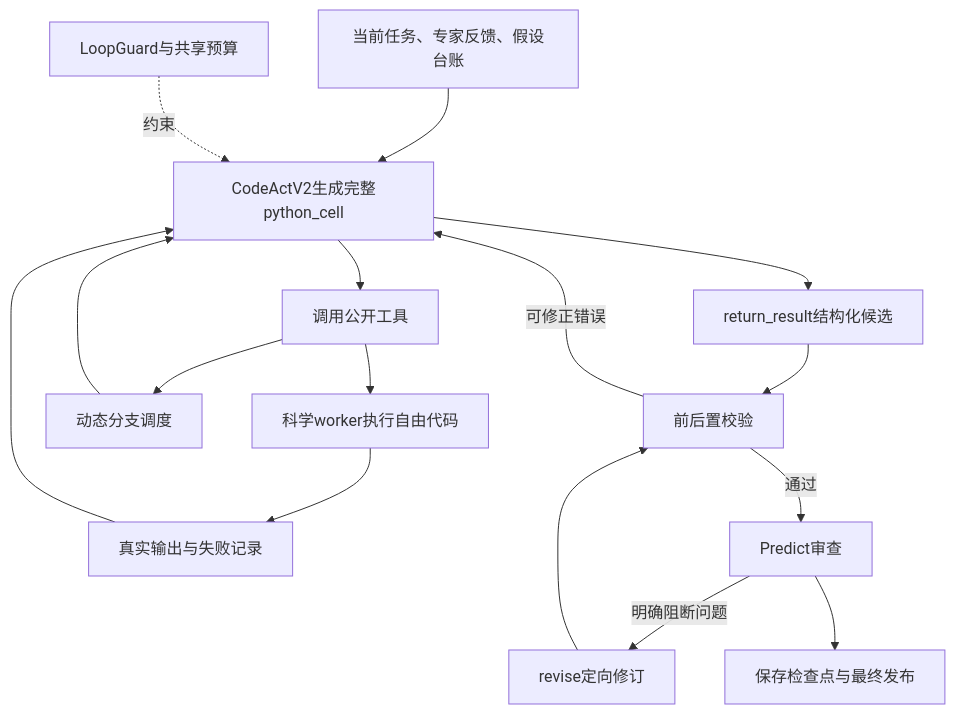
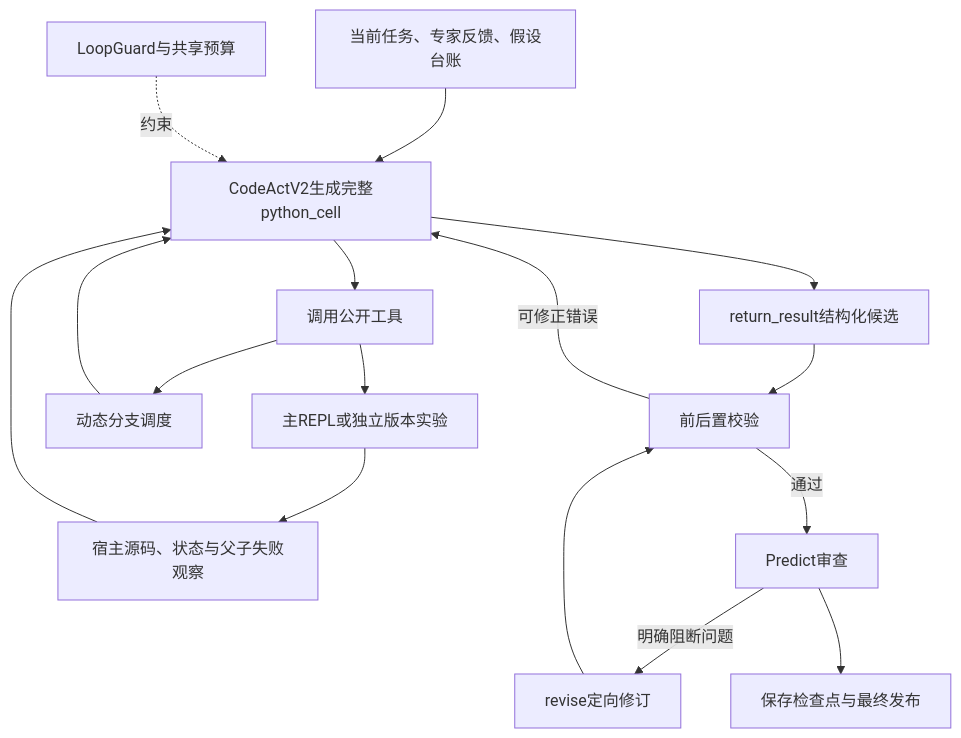
One commit to pty819/nooa-etching-rca changed the diagram in docs/sphinx/diagrams/agent-loop.mmd. Above: the diagram before and after it, drawn with Mermaid. The commit also changed 29 other files, not shown here.

```diff
--- a/docs/sphinx/diagrams/agent-loop.mmd
+++ b/docs/sphinx/diagrams/agent-loop.mmd
@@ -1,16 +1,16 @@
 flowchart TB
   T[当前任务、专家反馈、假设台账] --> C[CodeActV2生成完整python_cell]
   C --> TOOL[调用公开工具]
-  TOOL --> EXEC[科学worker执行自由代码]
-  EXEC --> RES[真实输出与失败记录]
+  TOOL --> EXEC[主REPL或独立版本实验]
+  EXEC --> RES[宿主源码、状态与父子失败观察]
   RES --> C
   TOOL --> BR[动态分支调度]
   BR --> C
   C --> RET[return_result结构化候选]
   RET --> G[前后置校验]
   G -->|可修正错误| C
   G -->|通过| REV[Predict审查]
   REV -->|明确阻断问题| FIX[revise定向修订]
   FIX --> G
   REV --> END[保存检查点与最终发布]
   LG[LoopGuard与共享预算] -. 约束 .-> C
```
